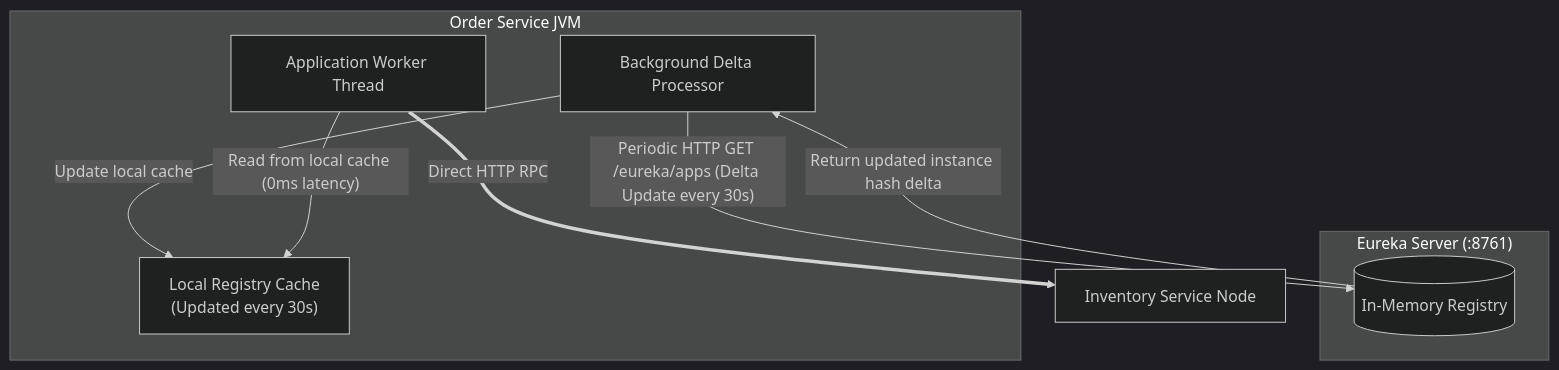
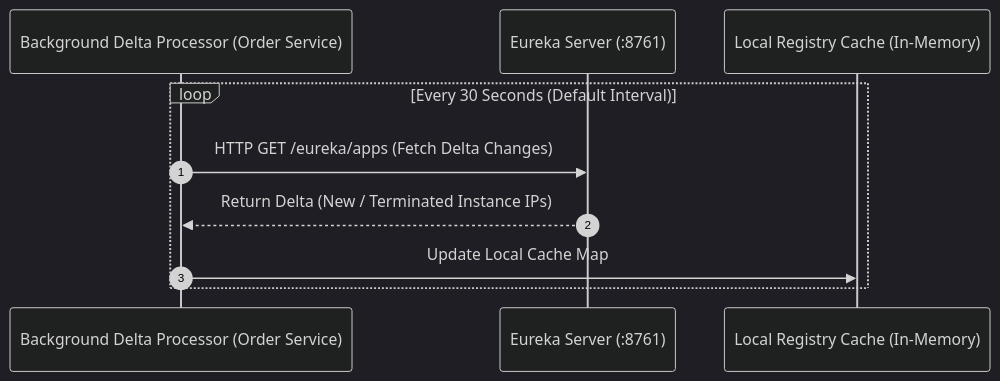
Before and after one commit to rohithgowda18/Notes: the sixth of 10 diagrams in spring-boot-microservices-notes/03-service-discovery.md, drawn with Mermaid (dark theme). The commit also changed other lines of this file, not shown here.

Commit message:
Refactor Section 9 diagram into two clean, separate sequence flows for background cache synchronization vs live request execution

````diff
--- a/spring-boot-microservices-notes/03-service-discovery.md
+++ b/spring-boot-microservices-notes/03-service-discovery.md
@@ -312,18 +315,13 @@
 ```mermaid
-flowchart TD
-    subgraph Client ["Order Service JVM"]
-        Cache["Local Registry Cache<br>(Updated every 30s)"]
-        Worker["Application Worker Thread"]
-        DeltaProc["Background Delta Processor"]
+sequenceDiagram
+    autonumber
+    participant DeltaProc as Background Delta Processor (Order Service)
+    participant ES as Eureka Server (:8761)
+    participant Cache as Local Registry Cache (In-Memory)
+
+    loop Every 30 Seconds (Default Interval)
+        DeltaProc->>ES: HTTP GET /eureka/apps (Fetch Delta Changes)
+        ES-->>DeltaProc: Return Delta (New / Terminated Instance IPs)
+        DeltaProc->>Cache: Update Local Cache Map
     end
-
-    subgraph Server ["Eureka Server (:8761)"]
-        InMem[(In-Memory Registry)]
-    end
-
-    DeltaProc -- "Periodic HTTP GET /eureka/apps (Delta Update every 30s)" --> InMem
-    InMem -- "Return updated instance hash delta" --> DeltaProc
-    DeltaProc -->|Update local cache| Cache
-    Worker -->|"Read from local cache (0ms latency)"| Cache
-    Worker ==>|Direct HTTP RPC| Target[Inventory Service Node]
 ```
````
